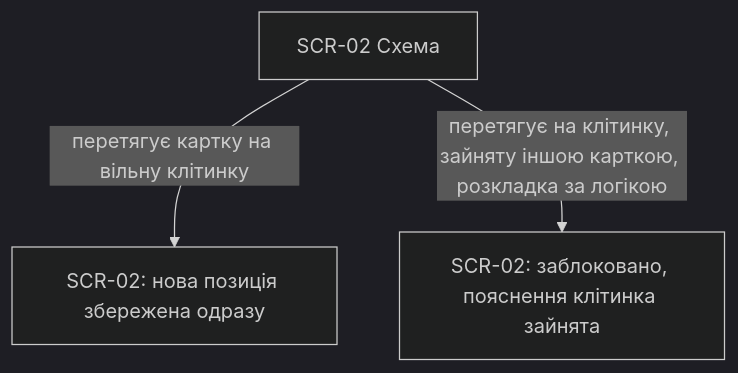
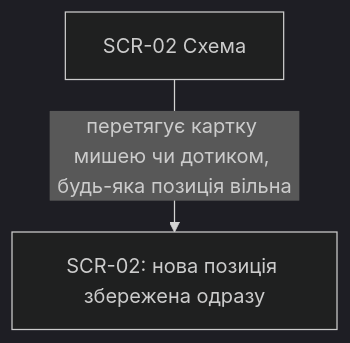
The third of 8 diagrams in docs/features/structure/ux-flows.md (danyllukandrey-cloud/claude-workspace), drawn with Mermaid (dark theme) before and after one commit. The commit also changed other lines of this file and 9 other files, not shown here.

````diff
--- a/docs/features/structure/ux-flows.md
+++ b/docs/features/structure/ux-flows.md
@@ -69,5 +69,4 @@
 ```mermaid
 flowchart TD
-    A[SCR-02 Схема] -->|перетягує картку на вільну клітинку| B[SCR-02: нова позиція збережена одразу]
-    A -->|перетягує на клітинку, зайняту іншою карткою, розкладка за логікою| C[SCR-02: заблоковано, пояснення клітинка зайнята]
+    A[SCR-02 Схема] -->|перетягує картку мишею чи дотиком, будь-яка позиція вільна| B[SCR-02: нова позиція збережена одразу]
 ```
````
